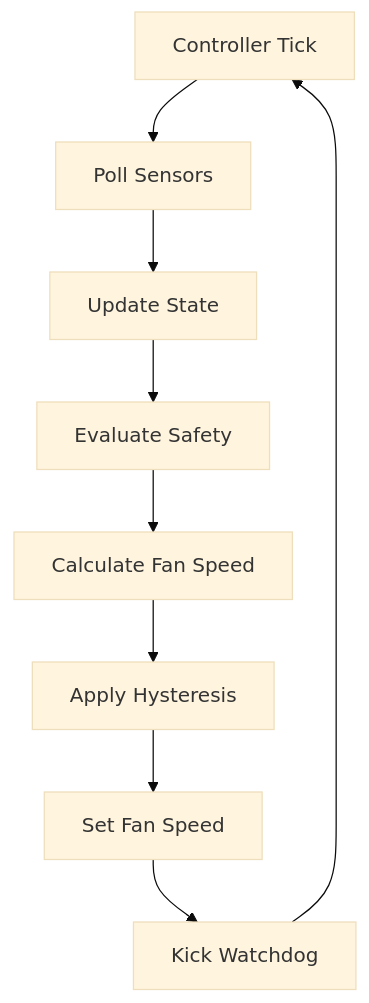
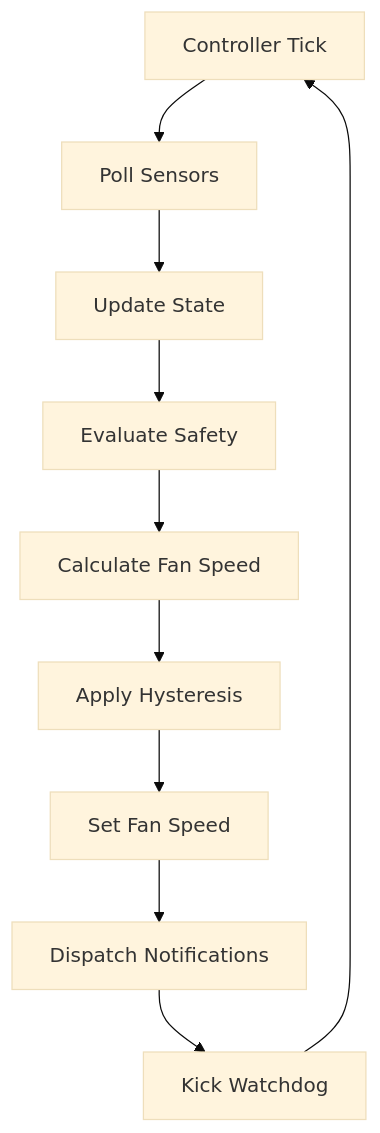
One commit to rrob1487/fand changed the diagram in docs/diagrams/controll_flow.md. Above: the diagram before and after it, drawn with Mermaid (base theme). The commit also changed 12 other files, not shown here.

````diff
--- a/docs/diagrams/controll_flow.md
+++ b/docs/diagrams/controll_flow.md
@@ -1,21 +1,23 @@
 ```mermaid
 flowchart TD
 
 A[Controller Tick]
 
 A --> B[Poll Sensors]
 
 B --> C[Update State]
 
 C --> D[Evaluate Safety]
 
 D --> E[Calculate Fan Speed]
 
 E --> F[Apply Hysteresis]
 
 F --> G[Set Fan Speed]
 
-G --> H[Kick Watchdog]
+G --> H[Dispatch Notifications]
 
-H --> A
+H --> I[Kick Watchdog]
+
+I --> A
 ```
````
